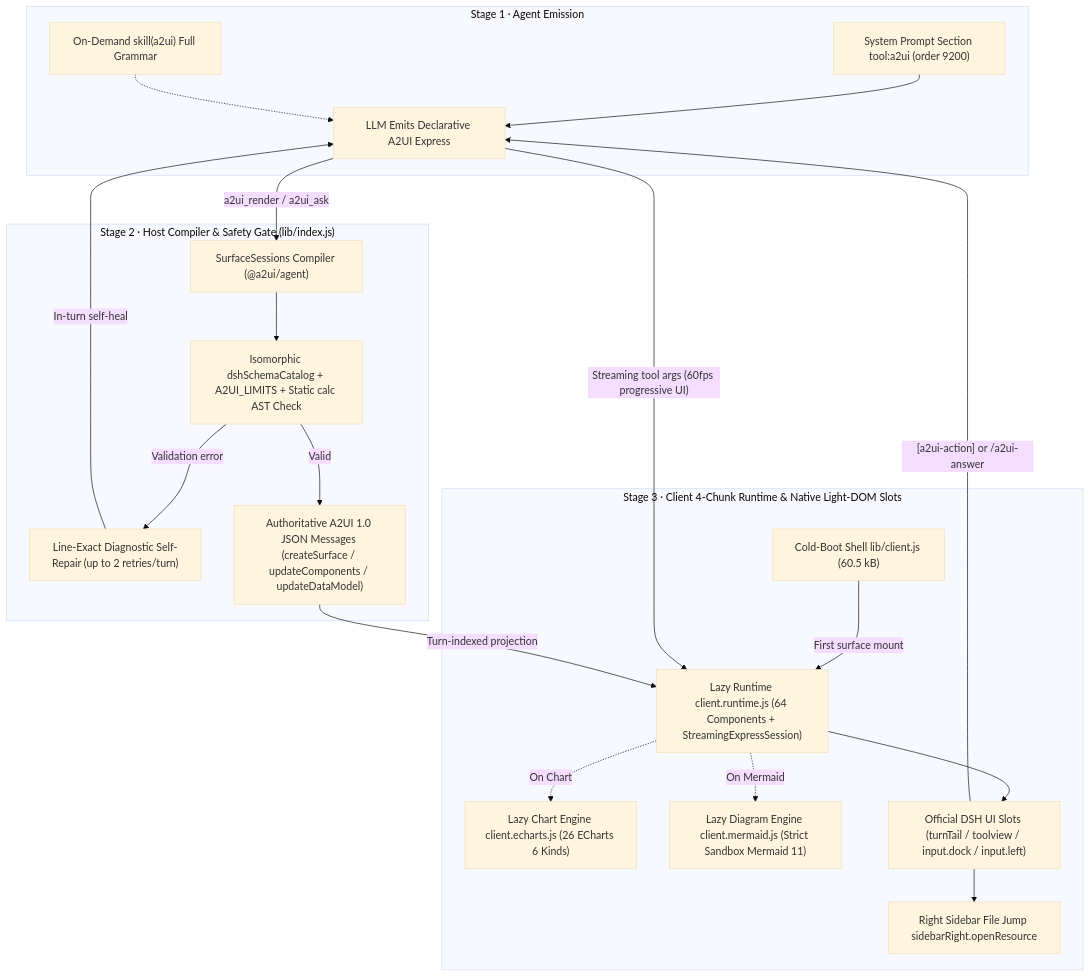
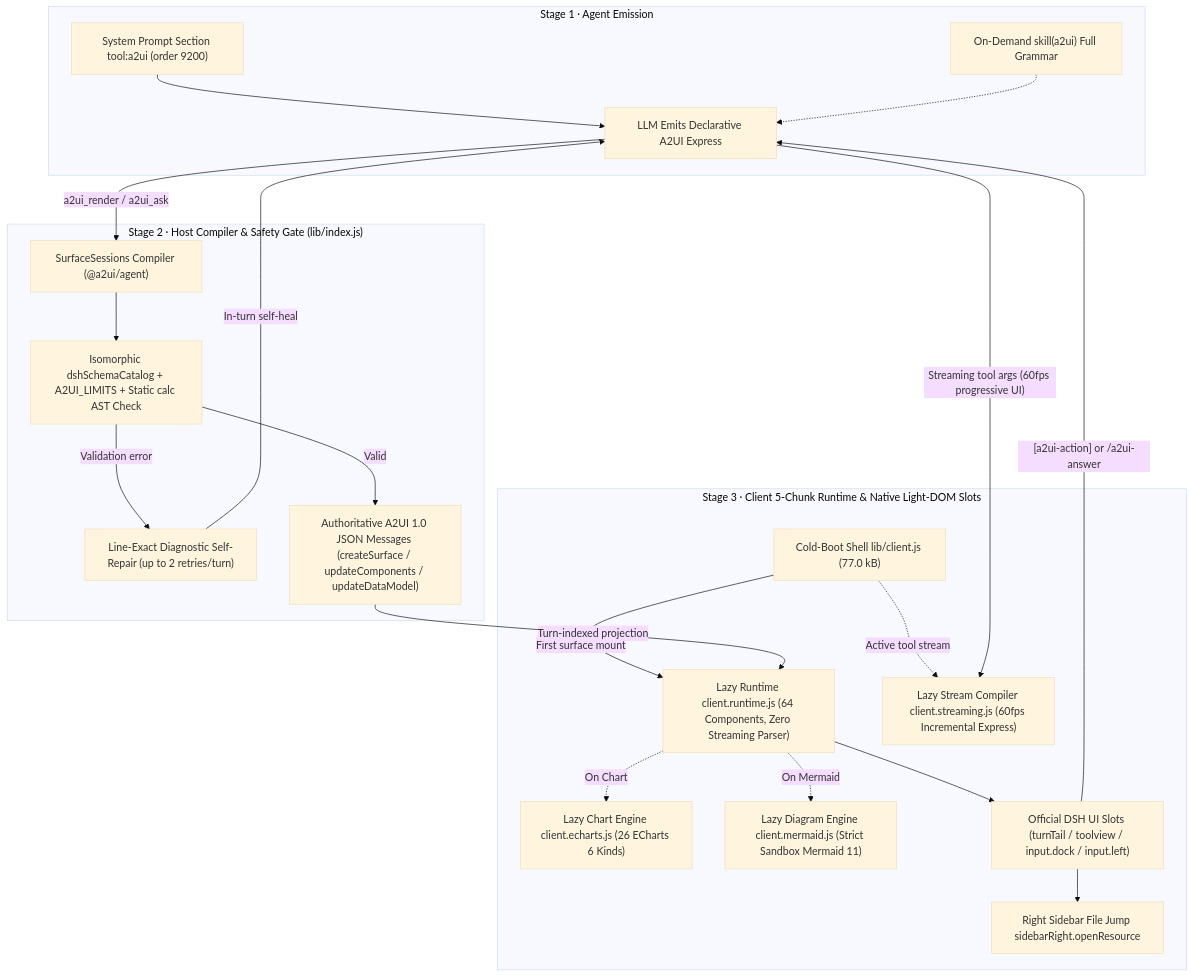
Before and after one commit to Geekhyt/dsh-genui-a2ui: the diagram in docs/DEVELOPMENT.md, drawn with Mermaid (base theme). The commit also changed other lines of this file and 23 other files, not shown here.

````diff
--- a/docs/DEVELOPMENT.md
+++ b/docs/DEVELOPMENT.md
@@ -17,40 +17,42 @@
 ```mermaid
 flowchart TB
   subgraph S1["Stage 1 · Agent Emission"]
     P["System Prompt Section tool:a2ui (order 9200)"]
     SK["On-Demand skill(a2ui) Full Grammar"]
     LLM["LLM Emits Declarative A2UI Express"]
     P --> LLM
     SK -.-> LLM
   end
 
   subgraph S2["Stage 2 · Host Compiler & Safety Gate (lib/index.js)"]
     COMP["SurfaceSessions Compiler (@a2ui/agent)"]
     ZOD["Isomorphic dshSchemaCatalog + A2UI_LIMITS + Static calc AST Check"]
     REPAIR["Line-Exact Diagnostic Self-Repair (up to 2 retries/turn)"]
     WIRE["Authoritative A2UI 1.0 JSON Messages (createSurface / updateComponents / updateDataModel)"]
     COMP --> ZOD
     ZOD -->|"Validation error"| REPAIR
     REPAIR -->|"In-turn self-heal"| LLM
     ZOD -->|"Valid"| WIRE
   end
 
-  subgraph S3["Stage 3 · Client 4-Chunk Runtime & Native Light-DOM Slots"]
-    SHELL["Cold-Boot Shell lib/client.js (60.5 kB)"]
-    RT["Lazy Runtime client.runtime.js (64 Components + StreamingExpressSession)"]
+  subgraph S3["Stage 3 · Client 5-Chunk Runtime & Native Light-DOM Slots"]
+    SHELL["Cold-Boot Shell lib/client.js (77.0 kB)"]
+    RT["Lazy Runtime client.runtime.js (64 Components, Zero Streaming Parser)"]
+    ST["Lazy Stream Compiler client.streaming.js (60fps Incremental Express)"]
     EC["Lazy Chart Engine client.echarts.js (26 ECharts 6 Kinds)"]
     MM["Lazy Diagram Engine client.mermaid.js (Strict Sandbox Mermaid 11)"]
     SLOTS["Official DSH UI Slots (turnTail / toolview / input.dock / input.left)"]
     SIDE["Right Sidebar File Jump sidebarRight.openResource"]
     SHELL -->|"First surface mount"| RT
+    SHELL -.->|"Active tool stream"| ST
     RT -.->|"On Chart"| EC
     RT -.->|"On Mermaid"| MM
     RT --> SLOTS
     SLOTS --> SIDE
   end
 
-  LLM -->|"Streaming tool args (60fps progressive UI)"| RT
+  LLM -->|"Streaming tool args (60fps progressive UI)"| ST
   LLM -->|"a2ui_render / a2ui_ask"| COMP
   WIRE -->|"Turn-indexed projection"| RT
   SLOTS -->|"[a2ui-action] or /a2ui-answer"| LLM
 ```
````
